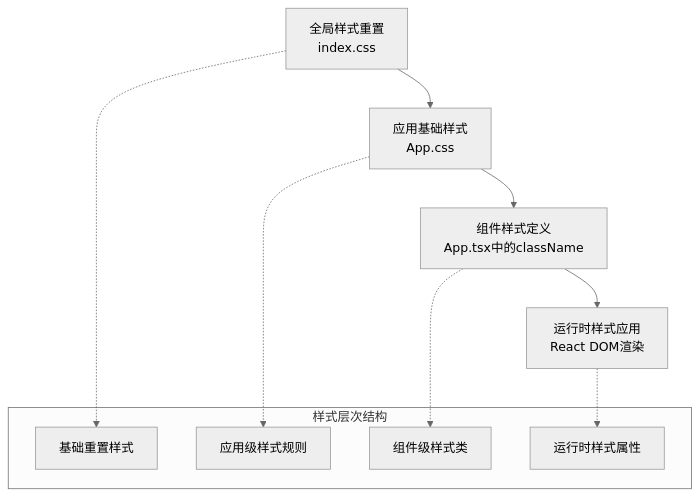
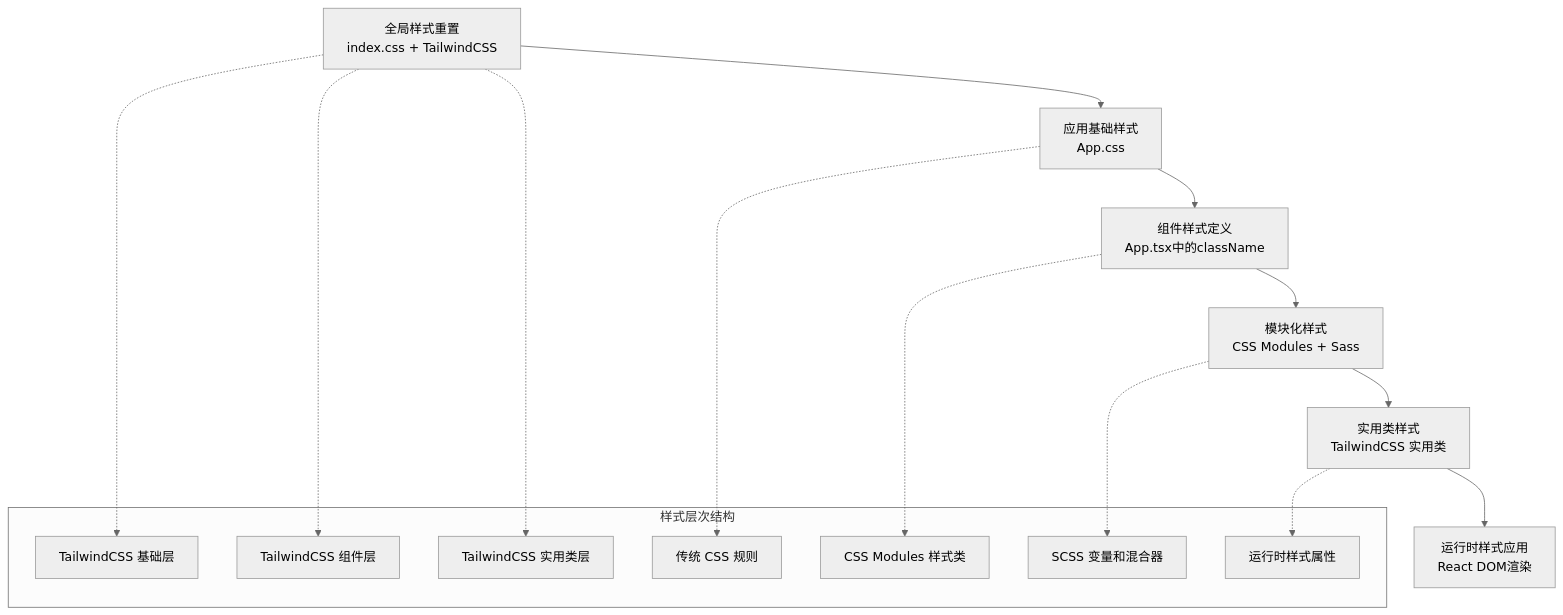
The second of 7 diagrams in .qoder/repowiki/zh/content/核心组件/样式系统.md (kkxxll/reactNext), drawn with Mermaid (neutral theme) before and after one commit. The commit also changed other lines of this file and 7 other files, not shown here.

````diff
--- a/.qoder/repowiki/zh/content/核心组件/样式系统.md
+++ b/.qoder/repowiki/zh/content/核心组件/样式系统.md
@@ -101,16 +153,24 @@
 ```mermaid
 graph TD
-A[全局样式重置<br/>index.css] --> B[应用基础样式<br/>App.css]
+A[全局样式重置<br/>index.css + TailwindCSS] --> B[应用基础样式<br/>App.css]
 B --> C[组件样式定义<br/>App.tsx中的className]
-C --> D[运行时样式应用<br/>React DOM渲染]
+C --> D[模块化样式<br/>CSS Modules + Sass]
+D --> E[实用类样式<br/>TailwindCSS 实用类]
+E --> F[运行时样式应用<br/>React DOM渲染]
 subgraph "样式层次结构"
-E[基础重置样式]
-F[应用级样式规则]
-G[组件级样式类]
-H[运行时样式属性]
+G[TailwindCSS 基础层]
+H[TailwindCSS 组件层]
+I[TailwindCSS 实用类层]
+J[传统 CSS 规则]
+K[CSS Modules 样式类]
+L[SCSS 变量和混合器]
+M[运行时样式属性]
 end
-A -.-> E
-B -.-> F
-C -.-> G
-D -.-> H
+A -.-> G
+A -.-> H
+A -.-> I
+B -.-> J
+C -.-> K
+D -.-> L
+E -.-> M
 ```
````
